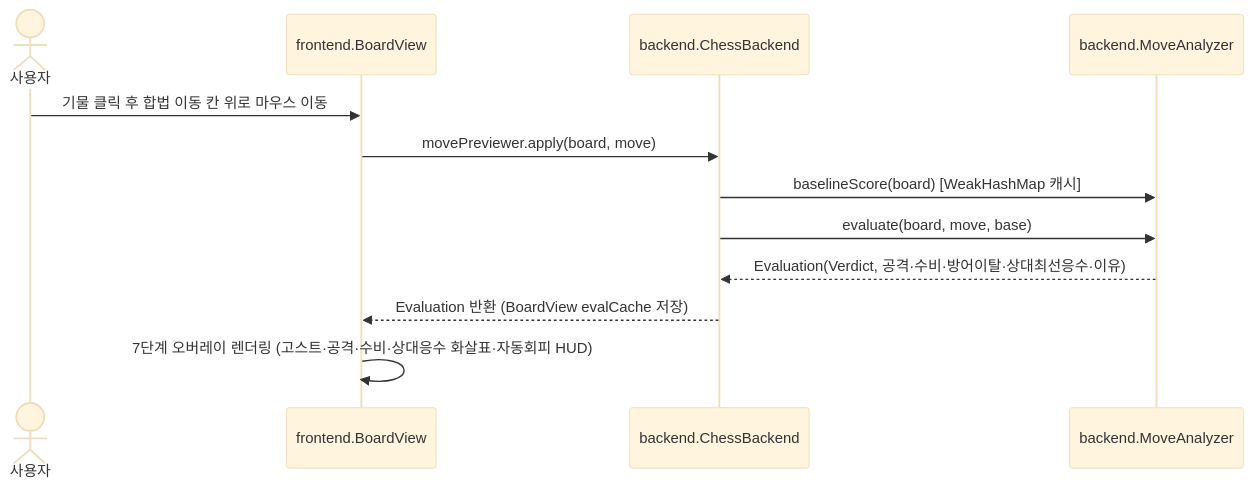
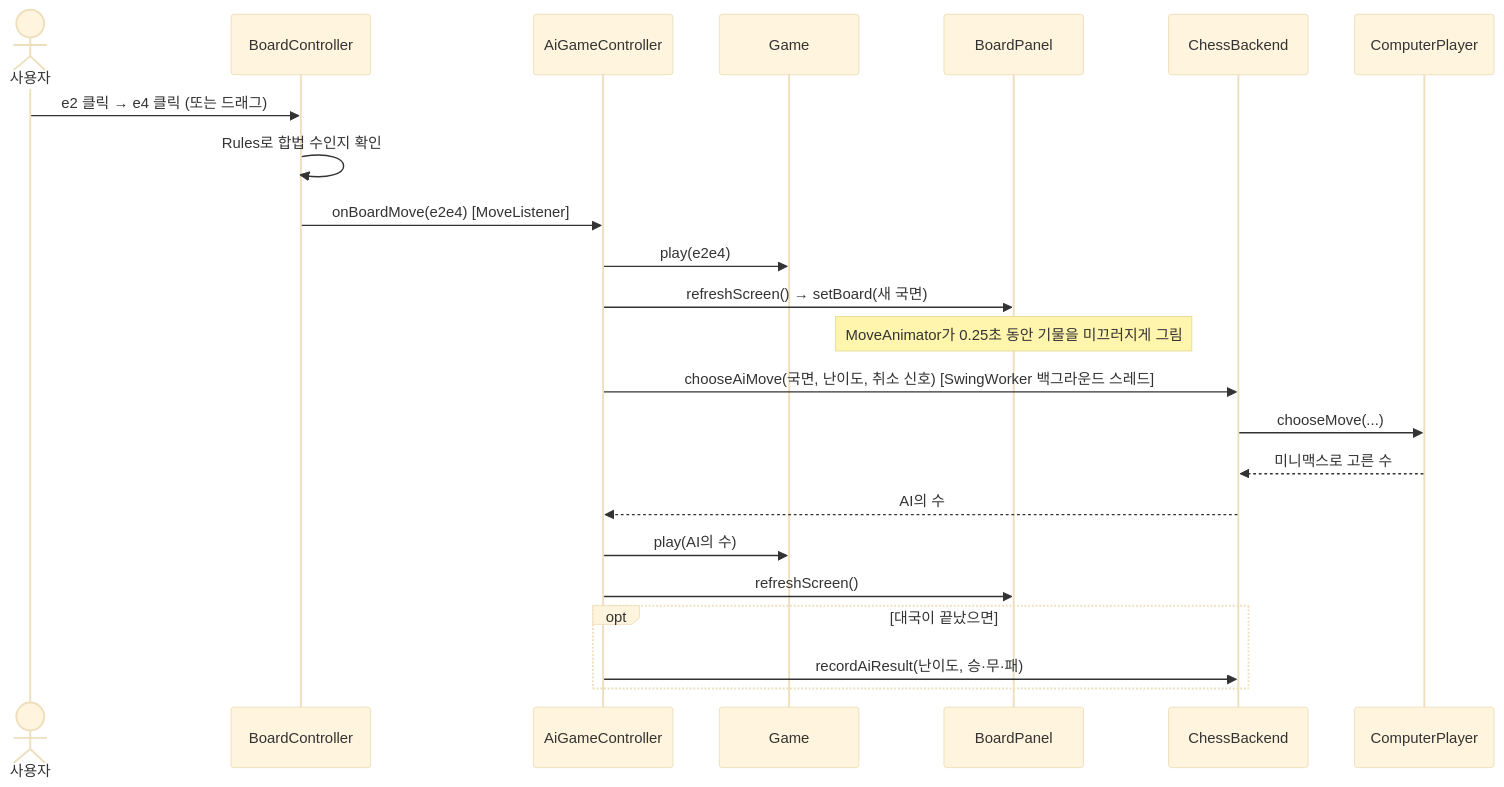
One commit to OOP-TeamA/chess-trainer changed the fourth of 6 diagrams in docs/architecture.md. Above: the diagram before and after it, drawn with Mermaid (base theme). The commit also changed other lines of this file and 3 other files, not shown here.

````diff
--- a/docs/architecture.md
+++ b/docs/architecture.md
@@ -166,15 +216,26 @@
 ```mermaid
 sequenceDiagram
-    actor User as 사용자
-    participant BV as frontend.BoardView
-    participant BE as backend.ChessBackend
-    participant MA as backend.MoveAnalyzer
+    actor U as 사용자
+    participant BC as BoardController
+    participant AC as AiGameController
+    participant G as Game
+    participant BP as BoardPanel
+    participant BE as ChessBackend
+    participant CP as ComputerPlayer
 
-    User->>BV: 기물 클릭 후 합법 이동 칸 위로 마우스 이동
-    BV->>BE: movePreviewer.apply(board, move)
-    BE->>MA: baselineScore(board) [WeakHashMap 캐시]
-    BE->>MA: evaluate(board, move, base)
-    MA-->>BE: Evaluation(Verdict, 공격·수비·방어이탈·상대최선응수·이유)
-    BE-->>BV: Evaluation 반환 (BoardView evalCache 저장)
-    BV->>BV: 7단계 오버레이 렌더링 (고스트·공격·수비·상대응수 화살표·자동회피 HUD)
+    U->>BC: e2 클릭 → e4 클릭 (또는 드래그)
+    BC->>BC: Rules로 합법 수인지 확인
+    BC->>AC: onBoardMove(e2e4) [MoveListener]
+    AC->>G: play(e2e4)
+    AC->>BP: refreshScreen() → setBoard(새 국면)
+    Note over BP: MoveAnimator가 0.25초 동안 기물을 미끄러지게 그림
+    AC->>BE: chooseAiMove(국면, 난이도, 취소 신호) [SwingWorker 백그라운드 스레드]
+    BE->>CP: chooseMove(...)
+    CP-->>BE: 미니맥스로 고른 수
+    BE-->>AC: AI의 수
+    AC->>G: play(AI의 수)
+    AC->>BP: refreshScreen()
+    opt 대국이 끝났으면
+        AC->>BE: recordAiResult(난이도, 승·무·패)
+    end
 ```
````
